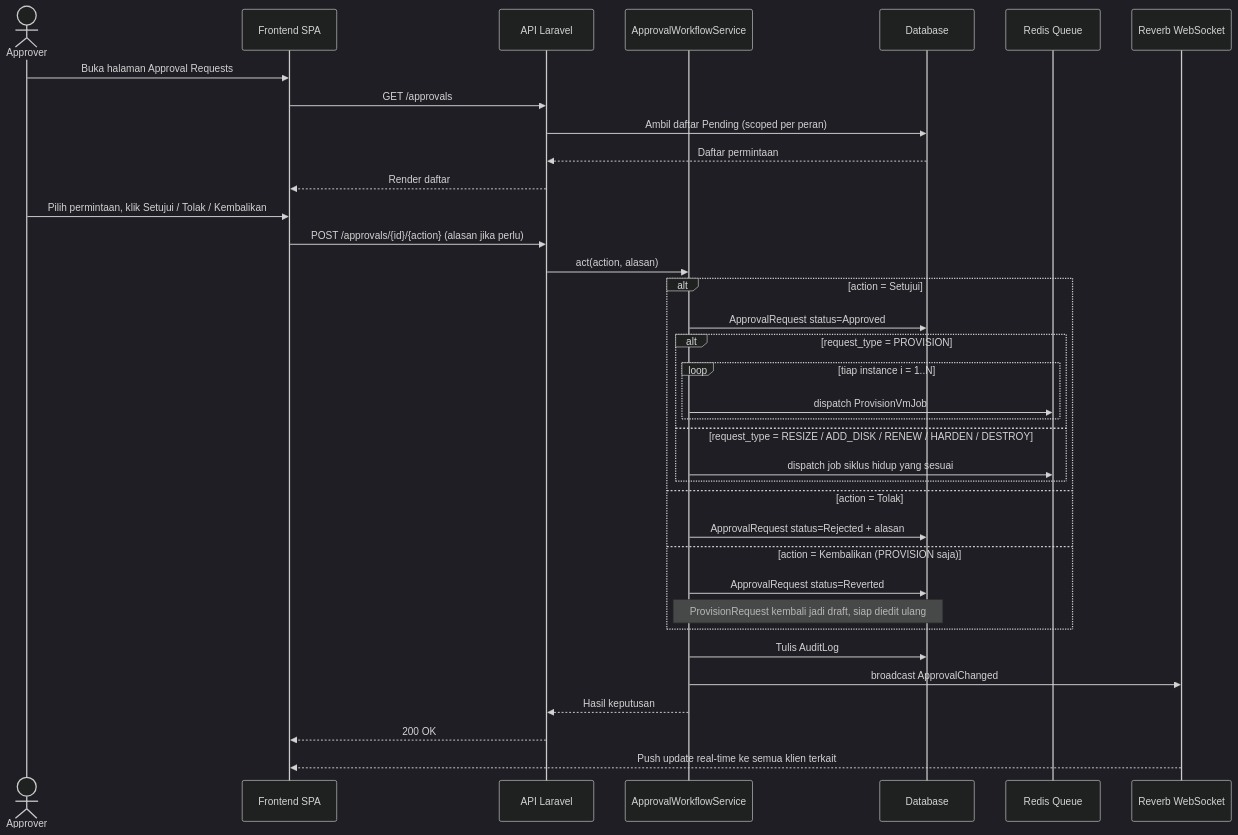
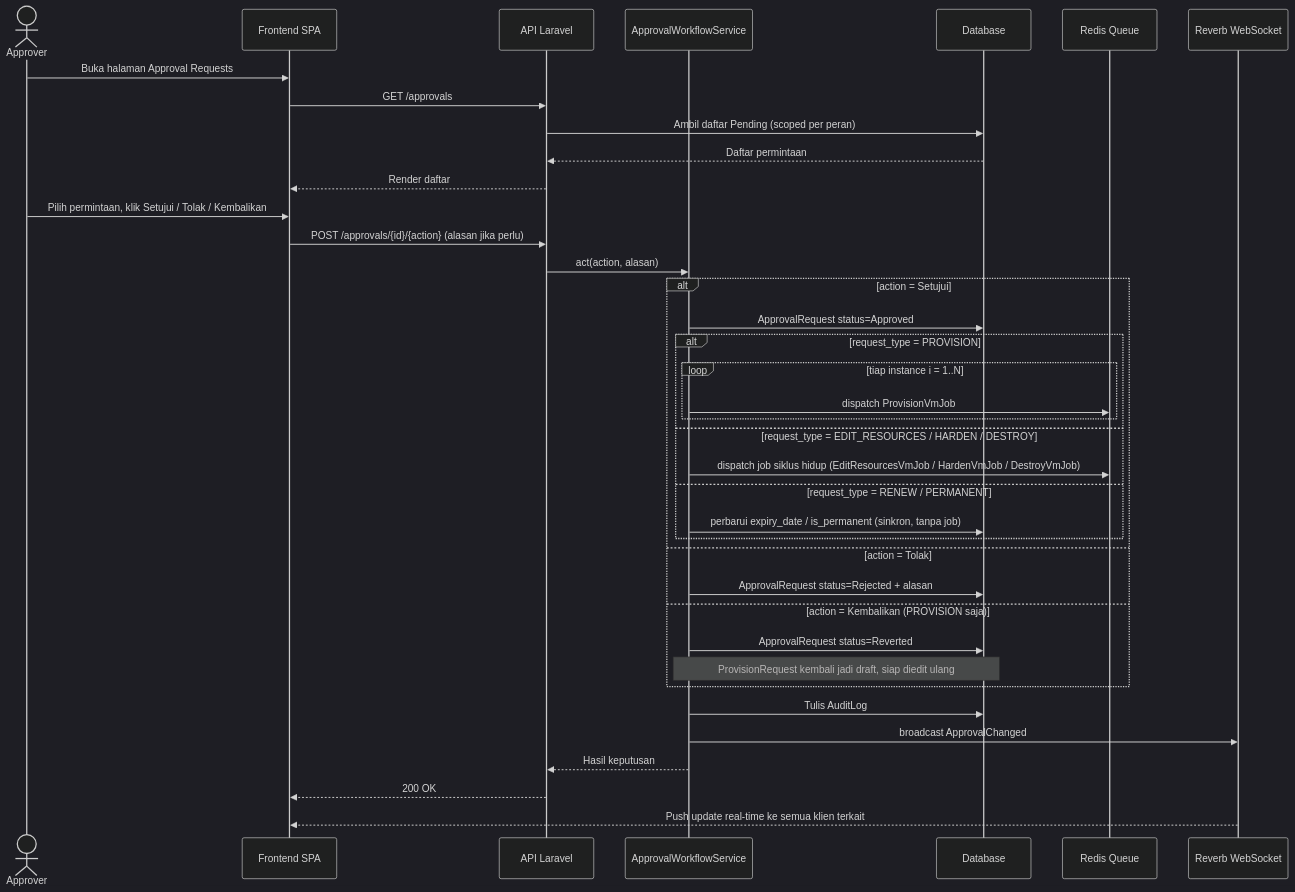
One commit to ardyxmr/skripsi changed the diagram in diagram-3-8-sequence-approval.md. Above: the diagram before and after it, drawn with Mermaid (dark theme). The commit also changed other lines of this file and 3 other files, not shown here.

````diff
--- a/diagram-3-8-sequence-approval.md
+++ b/diagram-3-8-sequence-approval.md
@@ -7,42 +9,44 @@
 ```mermaid
 sequenceDiagram
     actor AP as Approver
     participant FE as Frontend SPA
     participant API as API Laravel
     participant SVC as ApprovalWorkflowService
     participant DB as Database
     participant Q as Redis Queue
     participant RV as Reverb WebSocket
 
     AP->>FE: Buka halaman Approval Requests
     FE->>API: GET /approvals
     API->>DB: Ambil daftar Pending (scoped per peran)
     DB-->>API: Daftar permintaan
     API-->>FE: Render daftar
 
     AP->>FE: Pilih permintaan, klik Setujui / Tolak / Kembalikan
     FE->>API: POST /approvals/{id}/{action} (alasan jika perlu)
     API->>SVC: act(action, alasan)
 
     alt action = Setujui
         SVC->>DB: ApprovalRequest status=Approved
         alt request_type = PROVISION
             loop tiap instance i = 1..N
                 SVC->>Q: dispatch ProvisionVmJob
             end
-        else request_type = RESIZE / ADD_DISK / RENEW / HARDEN / DESTROY
-            SVC->>Q: dispatch job siklus hidup yang sesuai
+        else request_type = EDIT_RESOURCES / HARDEN / DESTROY
+            SVC->>Q: dispatch job siklus hidup (EditResourcesVmJob / HardenVmJob / DestroyVmJob)
+        else request_type = RENEW / PERMANENT
+            SVC->>DB: perbarui expiry_date / is_permanent (sinkron, tanpa job)
         end
     else action = Tolak
         SVC->>DB: ApprovalRequest status=Rejected + alasan
     else action = Kembalikan (PROVISION saja)
         SVC->>DB: ApprovalRequest status=Reverted
         Note over SVC, DB: ProvisionRequest kembali jadi draft, siap diedit ulang
     end
 
     SVC->>DB: Tulis AuditLog
     SVC->>RV: broadcast ApprovalChanged
     SVC-->>API: Hasil keputusan
     API-->>FE: 200 OK
     RV-->>FE: Push update real-time ke semua klien terkait
 ```
````
